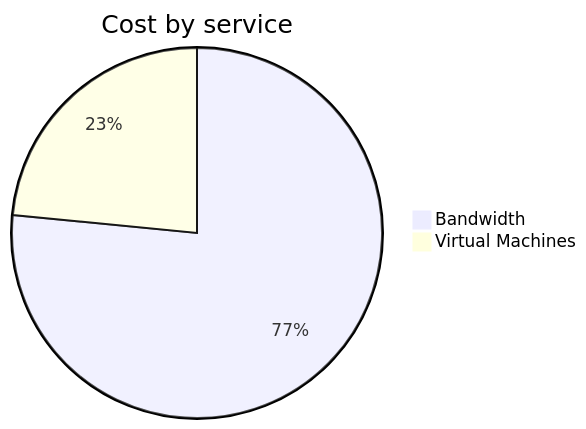
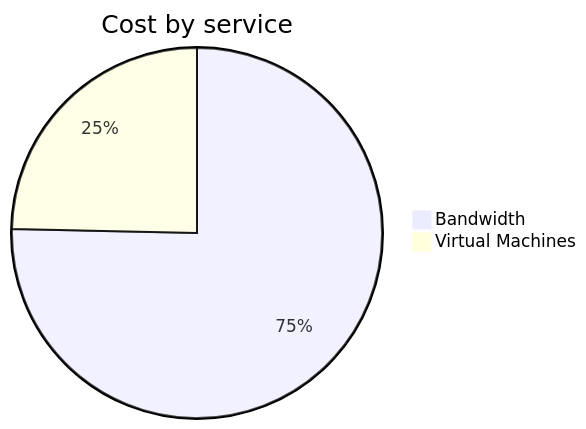
One commit to jpfulton/azure-personal-reports changed the second of 4 diagrams in cost-reports/personal-network/vpn-server.md. Above: the diagram before and after it, drawn with Mermaid. The commit also changed other lines of this file and 8 other files, not shown here.

````diff
--- a/cost-reports/personal-network/vpn-server.md
+++ b/cost-reports/personal-network/vpn-server.md
@@ -92,6 +92,6 @@
 ```mermaid
 pie
    title Cost by service
    "Bandwidth" : 8.16
-   "Virtual Machines" : 2.50
+   "Virtual Machines" : 2.67
 ```
````
